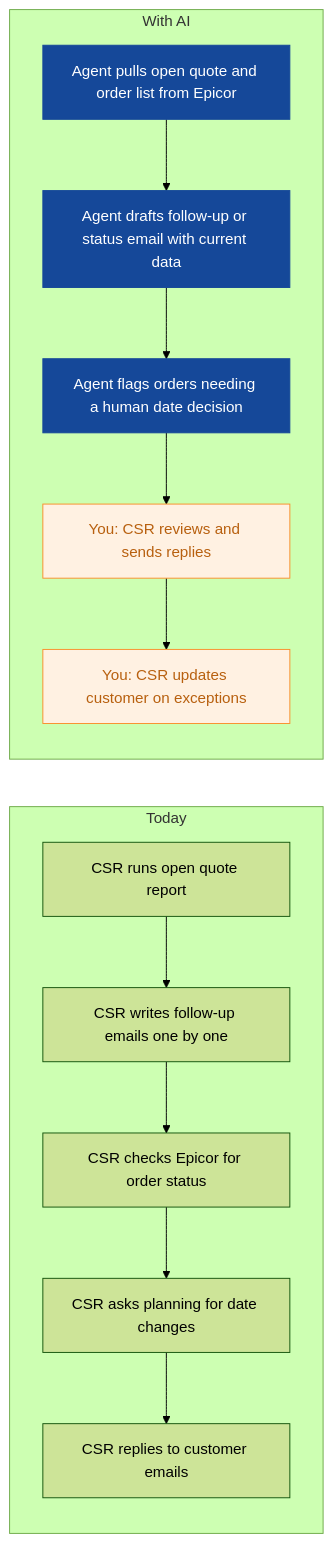
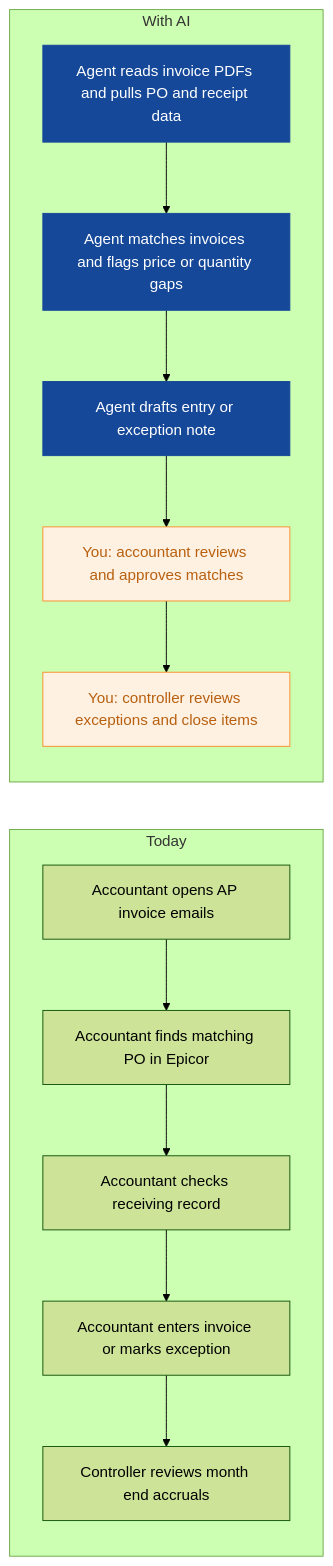
Before and after one commit to nexibeo/Complete-AI-Strategy: the sixth of 9 diagrams in strategies/ironleaf-manufacturing.md, drawn with Mermaid (forest theme). The commit also changed other lines of this file and 26 other files, not shown here.

````diff
--- a/strategies/ironleaf-manufacturing.md
+++ b/strategies/ironleaf-manufacturing.md
@@ -195,23 +199,23 @@
 ```mermaid
 flowchart LR
   subgraph Today
-    B0["CSR runs open quote report"]
-    B1["CSR writes follow-up emails one by one"]
-    B2["CSR checks Epicor for order status"]
-    B3["CSR asks planning for date changes"]
-    B4["CSR replies to customer emails"]
+    B0["Accountant opens AP invoice emails"]
+    B1["Accountant finds matching PO in Epicor"]
+    B2["Accountant checks receiving record"]
+    B3["Accountant enters invoice or marks exception"]
+    B4["Controller reviews month end accruals"]
     B0 --> B1 --> B2 --> B3 --> B4
   end
   subgraph WithAI[With AI]
-    A0["Agent pulls open quote and order list from Epicor"]
-    A1["Agent drafts follow-up or status email with current data"]
-    A2["Agent flags orders needing a human date decision"]
-    A3["You: CSR reviews and sends replies"]
-    A4["You: CSR updates customer on exceptions"]
+    A0["Agent reads invoice PDFs and pulls PO and receipt data"]
+    A1["Agent matches invoices and flags price or quantity gaps"]
+    A2["Agent drafts entry or exception note"]
+    A3["You: accountant reviews and approves matches"]
+    A4["You: controller reviews exceptions and close items"]
     A0 --> A1 --> A2 --> A3 --> A4
   end
   classDef ai fill:#154899,color:#fff,stroke:#154899
   classDef human fill:#FFF1E2,color:#B8600F,stroke:#F98F2C
   class A0,A1,A2 ai
   class A3,A4 human
 ```
````
